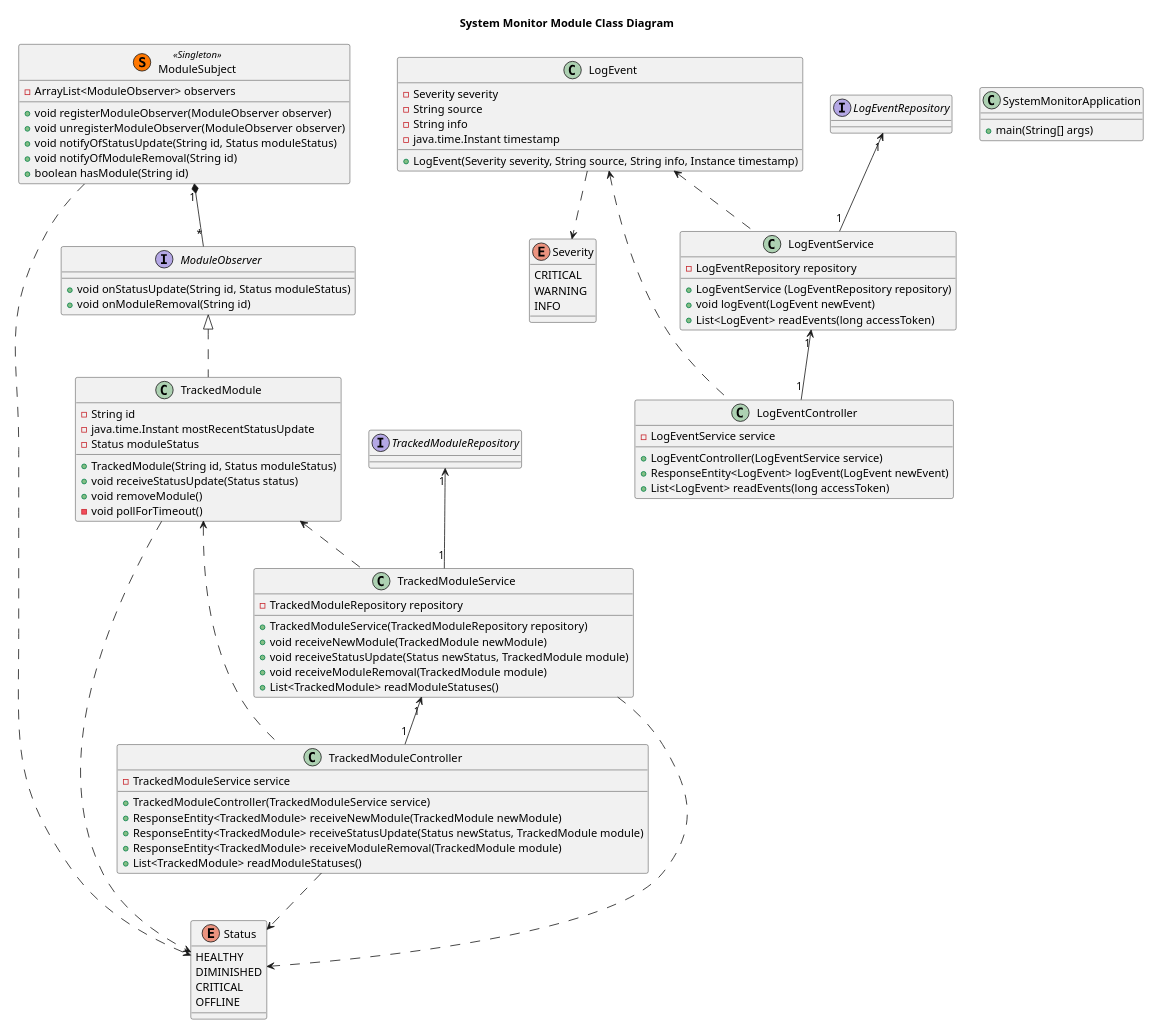
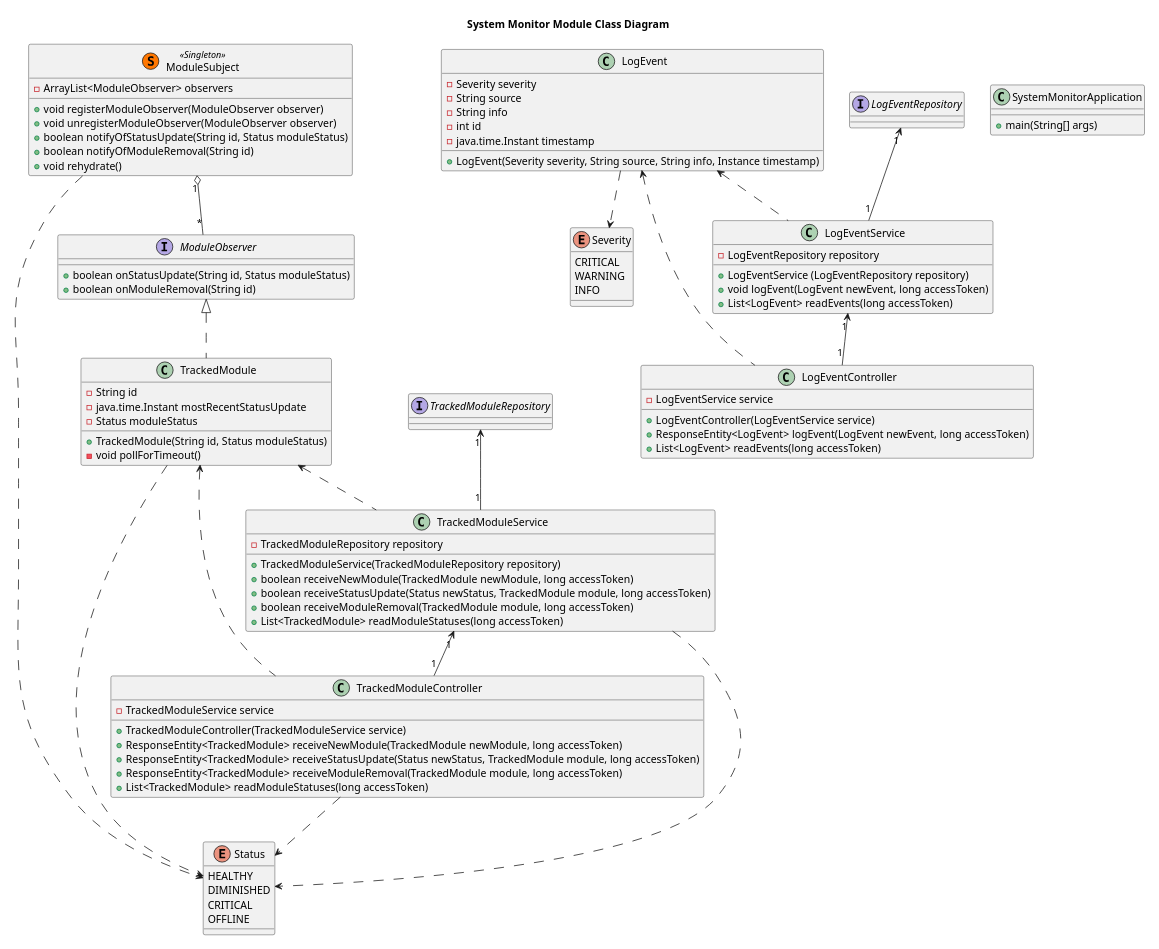
Before and after one commit to erikorlowski/cscie97: the third of 5 diagrams in cscie97/asn5/design.md, drawn with PlantUML. The commit also changed other lines of this file, not shown here.

```diff
--- a/cscie97/asn5/design.md
+++ b/cscie97/asn5/design.md
@@ -549,16 +549,14 @@
     - java.time.Instant mostRecentStatusUpdate
     - Status moduleStatus
     + TrackedModule(String id, Status moduleStatus)
-    + void receiveStatusUpdate(Status status)
-    + void removeModule()
     - void pollForTimeout()
 }
 
 TrackedModule ..> Status
 
 interface ModuleObserver {
-    + void onStatusUpdate(String id, Status moduleStatus)
-    + void onModuleRemoval(String id)
+    + boolean onStatusUpdate(String id, Status moduleStatus)
+    + boolean onModuleRemoval(String id)
 }
 
 ModuleObserver <|.. TrackedModule
@@ -567,13 +565,13 @@
     - ArrayList<ModuleObserver> observers
     + void registerModuleObserver(ModuleObserver observer)
     + void unregisterModuleObserver(ModuleObserver observer)
-    + void notifyOfStatusUpdate(String id, Status moduleStatus)
-    + void notifyOfModuleRemoval(String id)
-    + boolean hasModule(String id)
+    + boolean notifyOfStatusUpdate(String id, Status moduleStatus)
+    + boolean notifyOfModuleRemoval(String id)
+    + void rehydrate()
 }
 
 ModuleSubject ..> Status
-ModuleSubject "1" *-- "*" ModuleObserver
+ModuleSubject "1" o-- "*" ModuleObserver
 
 interface TrackedModuleRepository {
 
@@ -582,10 +580,10 @@
 class TrackedModuleService {
     - TrackedModuleRepository repository
     + TrackedModuleService(TrackedModuleRepository repository)
-    + void receiveNewModule(TrackedModule newModule)
-    + void receiveStatusUpdate(Status newStatus, TrackedModule module)
-    + void receiveModuleRemoval(TrackedModule module)
-    + List<TrackedModule> readModuleStatuses()
+    + boolean receiveNewModule(TrackedModule newModule, long accessToken)
+    + boolean receiveStatusUpdate(Status newStatus, TrackedModule module, long accessToken)
+    + boolean receiveModuleRemoval(TrackedModule module, long accessToken)
+    + List<TrackedModule> readModuleStatuses(long accessToken)
 }
 
 TrackedModuleRepository "1" <-- "1" TrackedModuleService
@@ -595,10 +593,10 @@
 class TrackedModuleController {
     - TrackedModuleService service
     + TrackedModuleController(TrackedModuleService service)
-    + ResponseEntity<TrackedModule> receiveNewModule(TrackedModule newModule)
-    + ResponseEntity<TrackedModule> receiveStatusUpdate(Status newStatus, TrackedModule module)
-    + ResponseEntity<TrackedModule> receiveModuleRemoval(TrackedModule module)
-    + List<TrackedModule> readModuleStatuses()
+    + ResponseEntity<TrackedModule> receiveNewModule(TrackedModule newModule, long accessToken)
+    + ResponseEntity<TrackedModule> receiveStatusUpdate(Status newStatus, TrackedModule module, long accessToken)
+    + ResponseEntity<TrackedModule> receiveModuleRemoval(TrackedModule module, long accessToken)
+    + List<TrackedModule> readModuleStatuses(long accessToken)
 }
 
 TrackedModuleService "1" <-- "1" TrackedModuleController
@@ -609,6 +607,7 @@
     - Severity severity
     - String source
     - String info
+    - int id
     - java.time.Instant timestamp
     + LogEvent(Severity severity, String source, String info, Instance timestamp)
 }
@@ -622,7 +621,7 @@
 class LogEventService {
     - LogEventRepository repository
     + LogEventService (LogEventRepository repository)
-    + void logEvent(LogEvent newEvent)
+    + void logEvent(LogEvent newEvent, long accessToken)
     + List<LogEvent> readEvents(long accessToken)
 }
 
@@ -632,7 +631,7 @@
 class LogEventController {
     - LogEventService service
     + LogEventController(LogEventService service)
-    + ResponseEntity<LogEvent> logEvent(LogEvent newEvent)
+    + ResponseEntity<LogEvent> logEvent(LogEvent newEvent, long accessToken)
     + List<LogEvent> readEvents(long accessToken)
 }
 
```
